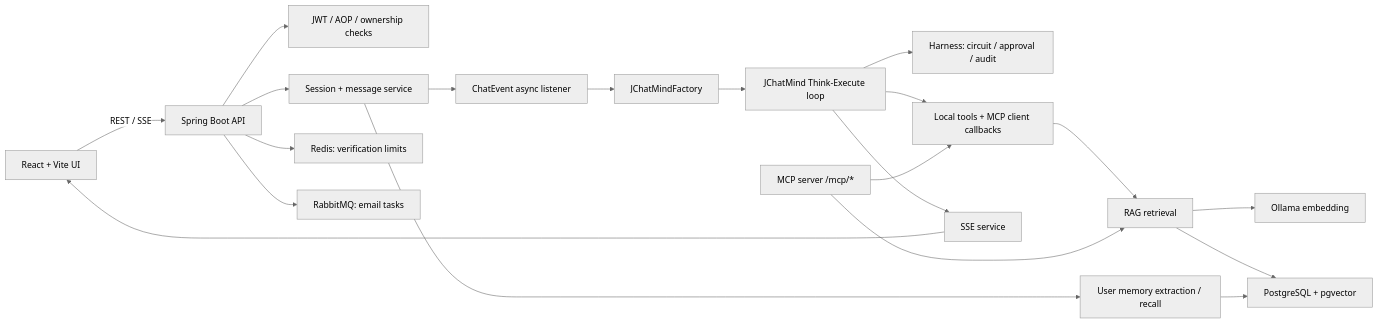
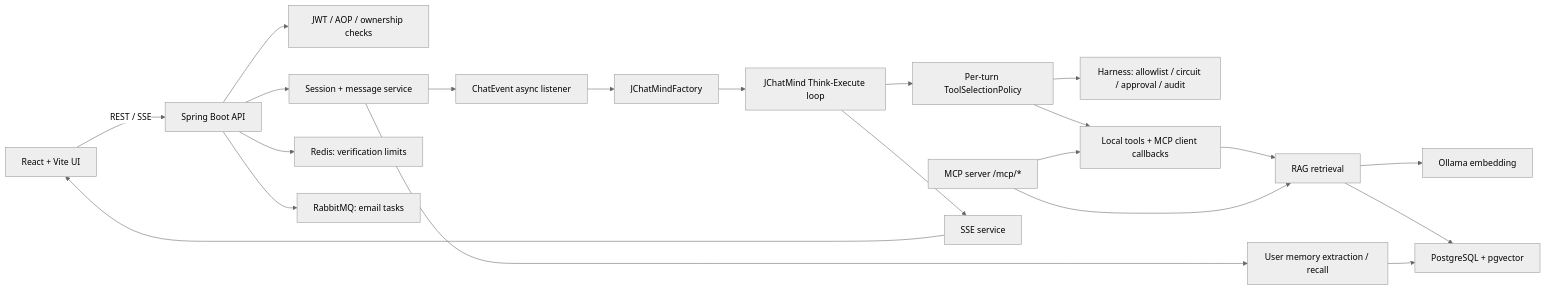
One commit to banxifu986-gif/JchatMind changed the first of 8 diagrams in docs/项目架构与关键链路.md. Above: the diagram before and after it, drawn with Mermaid (neutral theme). The commit also changed other lines of this file and 13 other files, not shown here.

Commit message:
fix(agent): 收紧工具选择与 Harness 门禁

````diff
--- a/docs/项目架构与关键链路.md
+++ b/docs/项目架构与关键链路.md
@@ -34,21 +35,22 @@
 ```mermaid
 flowchart LR
     UI["React + Vite UI"] -->|"REST / SSE"| API["Spring Boot API"]
     API --> AUTH["JWT / AOP / ownership checks"]
     API --> CHAT["Session + message service"]
     CHAT --> EVENT["ChatEvent async listener"]
     EVENT --> FACTORY["JChatMindFactory"]
     FACTORY --> AGENT["JChatMind Think-Execute loop"]
-    AGENT --> HARNESS["Harness: circuit / approval / audit"]
-    AGENT --> TOOLS["Local tools + MCP client callbacks"]
+    AGENT --> POLICY["Per-turn ToolSelectionPolicy"]
+    POLICY --> HARNESS["Harness: allowlist / circuit / approval / audit"]
+    POLICY --> TOOLS["Local tools + MCP client callbacks"]
     TOOLS --> RAG["RAG retrieval"]
     RAG --> OLLAMA["Ollama embedding"]
     RAG --> PG["PostgreSQL + pgvector"]
     CHAT --> MEMORY["User memory extraction / recall"]
     MEMORY --> PG
     API --> REDIS["Redis: verification limits"]
     API --> MQ["RabbitMQ: email tasks"]
     MCP["MCP server /mcp/*"] --> RAG
     MCP --> TOOLS
     AGENT --> SSE["SSE service"] --> UI
 ```
````
